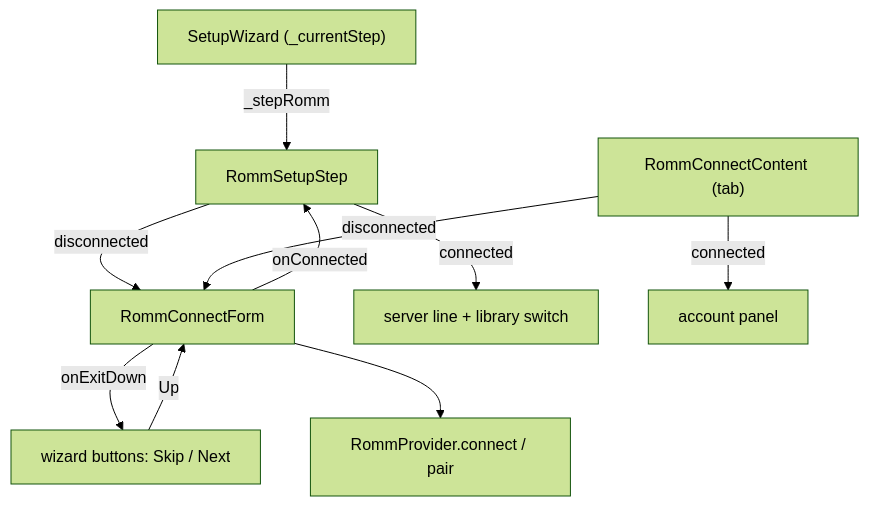
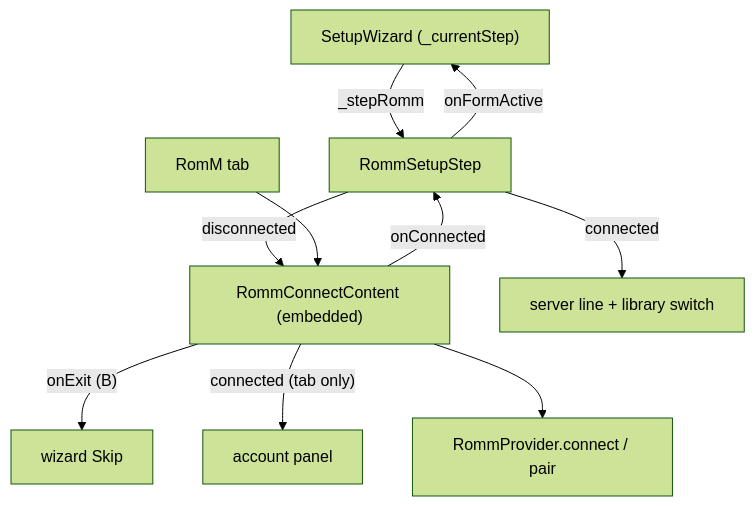
One commit to jonstump/neostation-frontend changed the diagram in sdd/specs/romm-setup-wizard-step/design.md. Above: the diagram before and after it, drawn with Mermaid (forest theme). The commit also changed other lines of this file and 2 other files, not shown here.

First line of the commit message:
docs(sdd): SPEC-0020 follows the wizard's A and B model and one shared widget

````diff
--- a/sdd/specs/romm-setup-wizard-step/design.md
+++ b/sdd/specs/romm-setup-wizard-step/design.md
@@ -52,12 +47,12 @@
 ```mermaid
 flowchart TD
     W["SetupWizard (_currentStep)"] -->|"_stepRomm"| RS["RommSetupStep"]
-    RS -->|disconnected| F["RommConnectForm"]
+    RS -->|disconnected| F["RommConnectContent (embedded)"]
     RS -->|connected| CS["server line + library switch"]
     F -->|onConnected| RS
-    F -->|onExitDown| WB["wizard buttons: Skip / Next"]
-    WB -->|Up| F
-    TAB["RommConnectContent (tab)"] -->|disconnected| F
-    TAB -->|connected| AP["account panel"]
+    F -->|"onExit (B)"| SK["wizard Skip"]
+    RS -->|onFormActive| W
+    TAB["RomM tab"] --> F
+    F -->|"connected (tab only)"| AP["account panel"]
     F --> P["RommProvider.connect / pair"]
 ```
````
